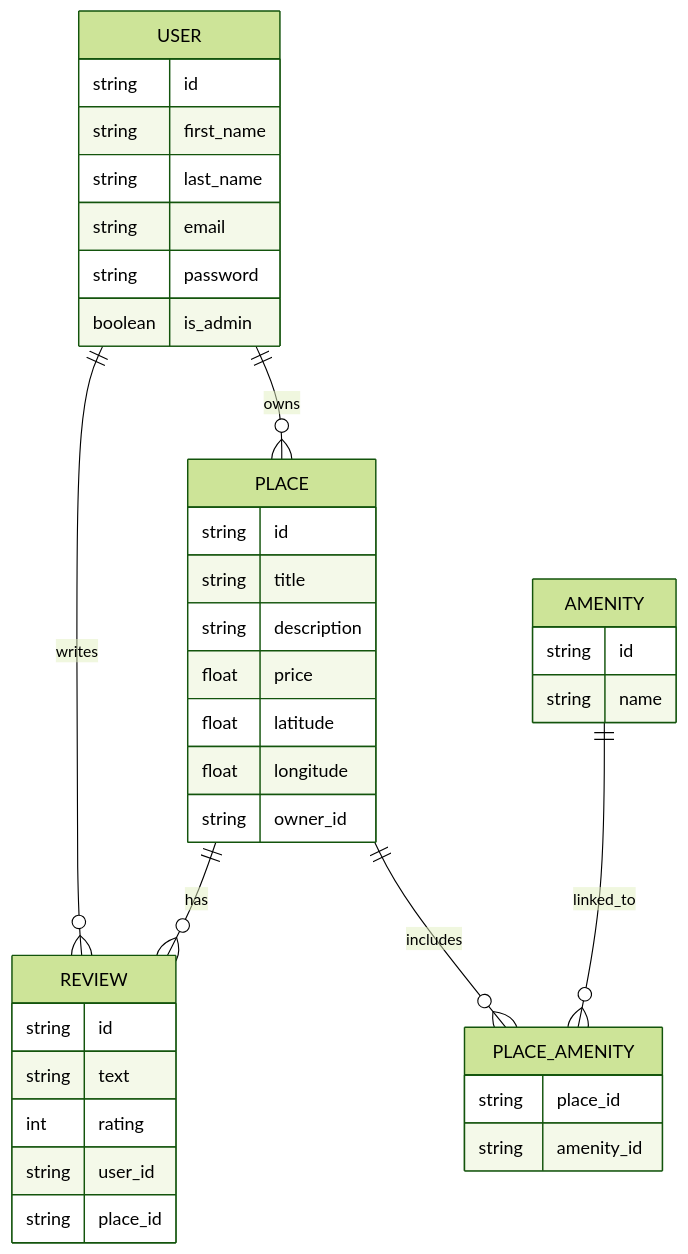
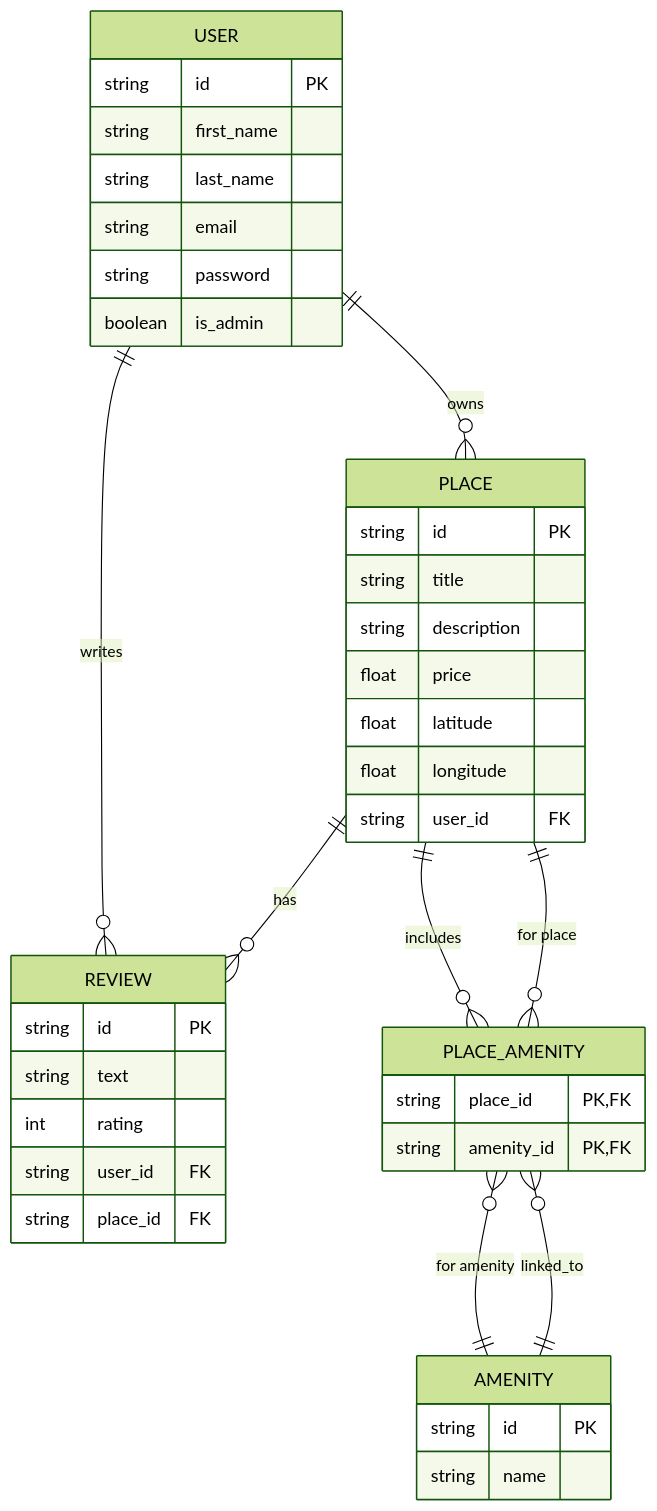
The diagram in hbnb/part3/erDiagram.mmd (voicedhealer/holbertonschool-hbnb), drawn with Mermaid (forest theme) before and after one commit. The commit also changed 6047 other files, not shown here.

```diff
--- a/hbnb/part3/erDiagram.mmd
+++ b/hbnb/part3/erDiagram.mmd
@@ -1,44 +1,49 @@
 erDiagram
-
     USER {
-        string id
+        string id PK
         string first_name
         string last_name
         string email
         string password
         boolean is_admin
     }
-
     PLACE {
-        string id
+        string id PK
         string title
         string description
         float price
         float latitude
         float longitude
-        string owner_id
+        string user_id FK
+    }
+    REVIEW {
+        string id PK
+        string text
+        int rating
+        string user_id FK
+        string place_id FK
+    }
+    AMENITY {
+        string id PK
+        string name
+    }
+    PLACE_AMENITY {
+        string place_id PK, FK
+        string amenity_id PK, FK
     }
 
-    REVIEW {
-        string id
-        string text
-        int rating
-        string user_id
-        string place_id
-    }
+    USER ||--o{ PLACE : "owns"
+    USER ||--o{ REVIEW : "writes"
+    PLACE ||--o{ REVIEW : "has"
+    PLACE ||--o{ PLACE_AMENITY : "includes"
+    AMENITY ||--o{ PLACE_AMENITY : "linked_to"
+    PLACE_AMENITY }o--|| PLACE : "for place"
+    PLACE_AMENITY }o--|| AMENITY : "for amenity"
 
-    AMENITY {
-        string id
-        string name
-    }
+%% PK = Primary Key (clé primaire) : C’est la colonne (ou l’ensemble de colonnes) qui identifie de façon unique chaque ligne d’une table.
+%% Exemple : id est souvent la clé primaire d’une table.
+%% Analogie : identifiant unique (comme ta carte d’identité)
 
-    PLACE_AMENITY {
-        string place_id
-        string amenity_id
-    }
-
-    USER ||--o{ PLACE : owns
-    USER ||--o{ REVIEW : writes
-    PLACE ||--o{ REVIEW : has
-    PLACE ||--o{ PLACE_AMENITY : includes
-    AMENITY ||--o{ PLACE_AMENITY : linked_to
+%% FK = Foreign Key (clé étrangère) : C’est une colonne qui référence la clé primaire d’une autre table. Elle sert à établir une relation entre deux tables.
+%% Exemple : user_id dans la table places est une clé étrangère qui référence id dans la table users.
+%% Analogie : lien vers un autre identifiant (comme le numéro de la carte d’identité de ton parent sur ta fiche)
```
